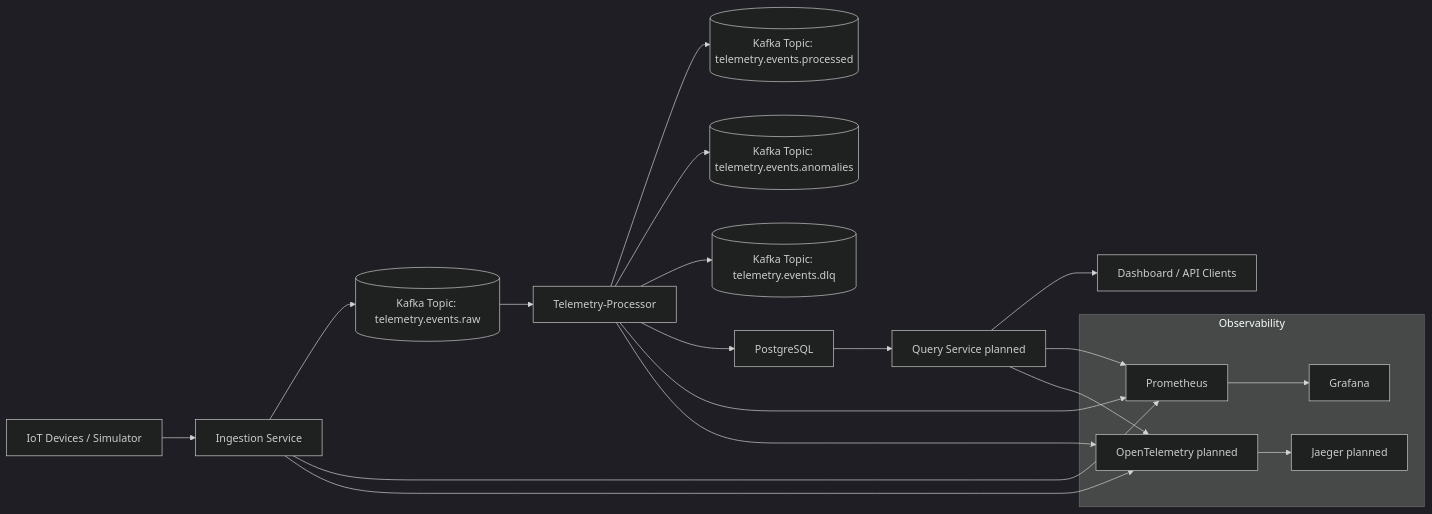
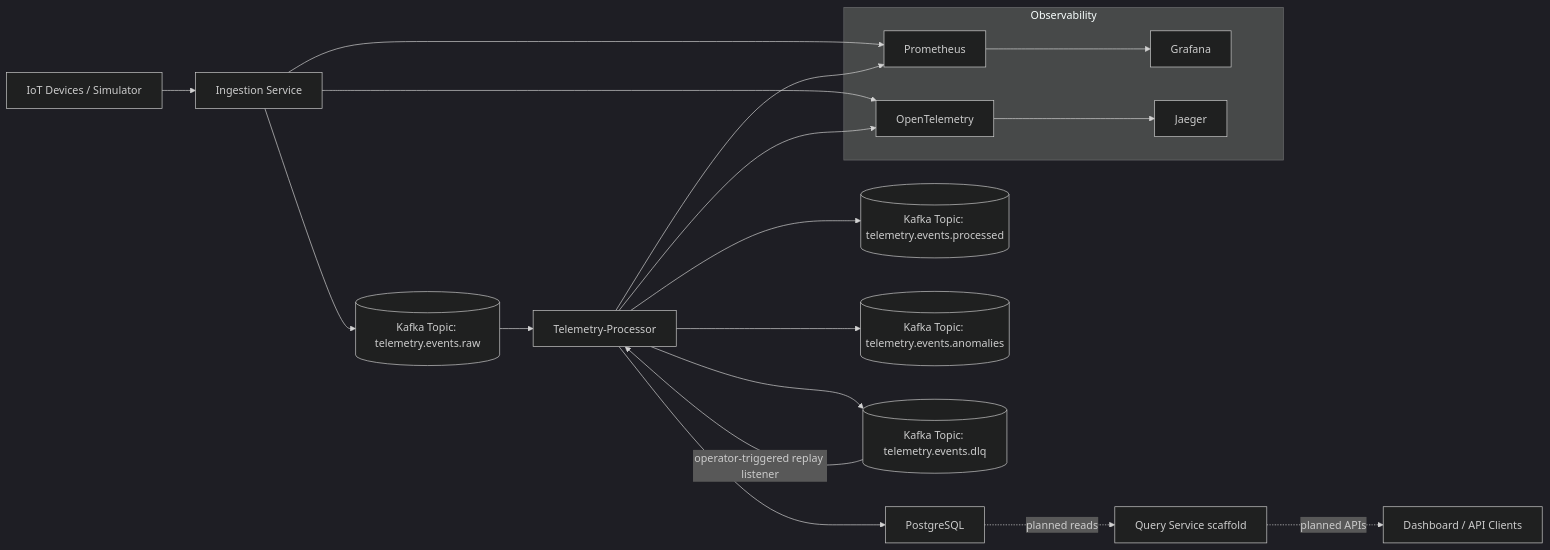
One commit to ME-Massine/pulsestream changed the diagram in docs/diagrams/system-architecture.md. Above: the diagram before and after it, drawn with Mermaid (dark theme). The commit also changed other lines of this file and 12 other files, not shown here.

First line of the commit message:
docs: synchronize roadmap, project state, and diagrams for Phase 7 (#261) (#302)

````diff
--- a/docs/diagrams/system-architecture.md
+++ b/docs/diagrams/system-architecture.md
@@ -5,32 +5,32 @@
 ```mermaid
 flowchart LR
     A[IoT Devices / Simulator] --> B[Ingestion Service]
     B --> T1[(Kafka Topic: telemetry.events.raw)]
 
     T1 --> C[Telemetry-Processor]
     C --> T2[(Kafka Topic: telemetry.events.processed )]
     C --> T3[(Kafka Topic: telemetry.events.anomalies)]
     C --> T4[(Kafka Topic: telemetry.events.dlq)]
 
+    T4 -->|operator-triggered replay listener| C
+
     C --> D[PostgreSQL]
-    D --> E[Query Service planned]
-    E --> F[Dashboard / API Clients]
+    D -.->|planned reads| E[Query Service scaffold]
+    E -.->|planned APIs| F[Dashboard / API Clients]
 
     subgraph Observability
         P[Prometheus]
         G[Grafana]
-        O[OpenTelemetry planned]
-        J[Jaeger planned]
+        O[OpenTelemetry]
+        J[Jaeger]
     end
 
     B --> P
     C --> P
-    E --> P
 
     B --> O
     C --> O
-    E --> O
 
     P --> G
     O --> J
 ```
````
